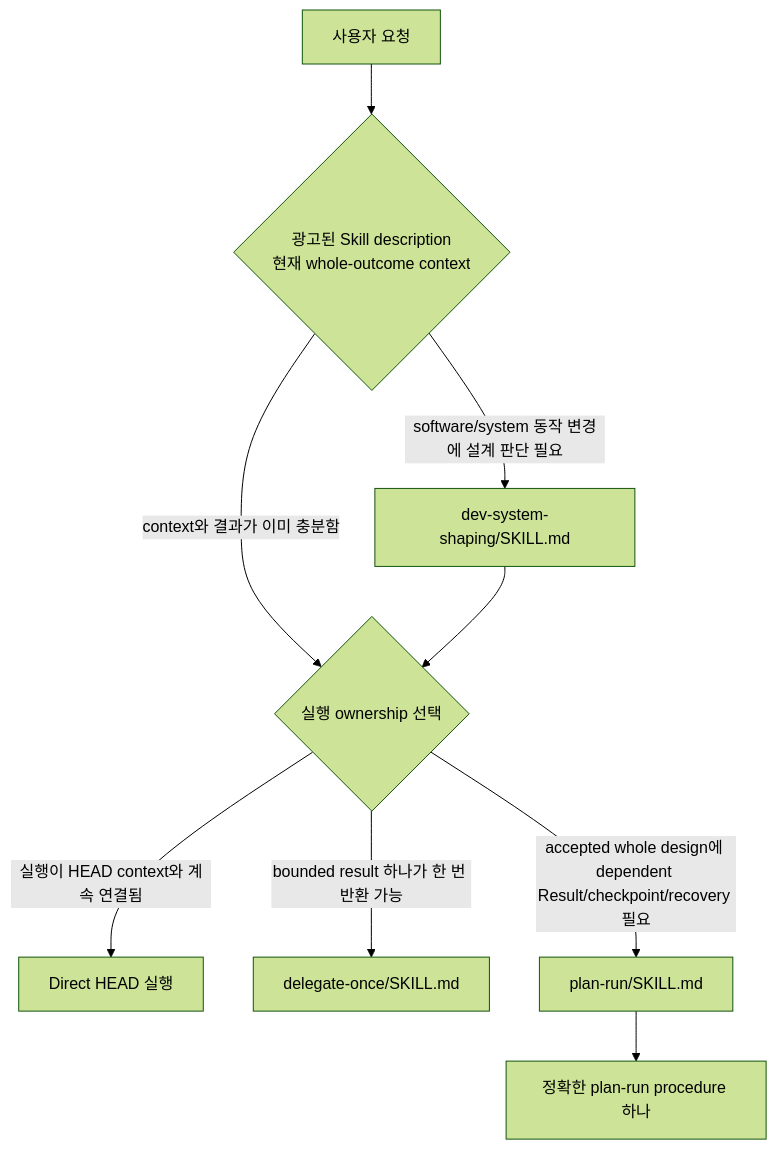
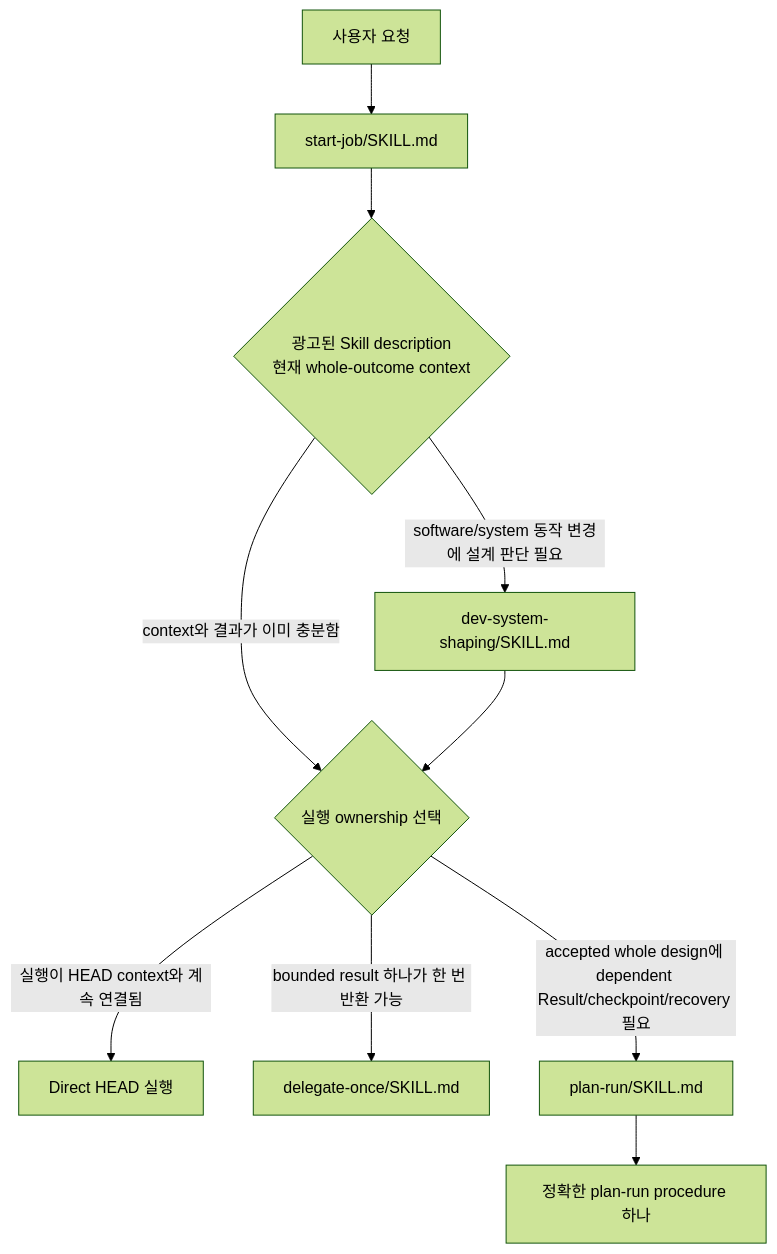
The first of 2 diagrams in packages/core/theory/context-management/ko/instruction-routing-map.md (Won6314/head-agent-core), drawn with Mermaid (forest theme) before and after one commit. The commit also changed other lines of this file and 173 other files, not shown here.

````diff
--- a/packages/core/theory/context-management/ko/instruction-routing-map.md
+++ b/packages/core/theory/context-management/ko/instruction-routing-map.md
@@ -22,11 +22,12 @@
 ```mermaid
 flowchart TD
-    R["사용자 요청"] --> S{"광고된 Skill description<br/>현재 whole-outcome context"}
+    R["사용자 요청"] --> SJ["start-job/SKILL.md"]
+    SJ --> S{"광고된 Skill description<br/>현재 whole-outcome context"}
     S -->|"software/system 동작 변경에 설계 판단 필요"| DS["dev-system-shaping/SKILL.md"]
     S -->|"context와 결과가 이미 충분함"| M{"실행 ownership 선택"}
     DS --> M
     M -->|"실행이 HEAD context와 계속 연결됨"| DIRECT["Direct HEAD 실행"]
     M -->|"bounded result 하나가 한 번 반환 가능"| ONCE["delegate-once/SKILL.md"]
     M -->|"accepted whole design에 dependent Result/checkpoint/recovery 필요"| PLAN["plan-run/SKILL.md"]
     PLAN --> PROCEDURE["정확한 plan-run procedure 하나"]
 ```
````
